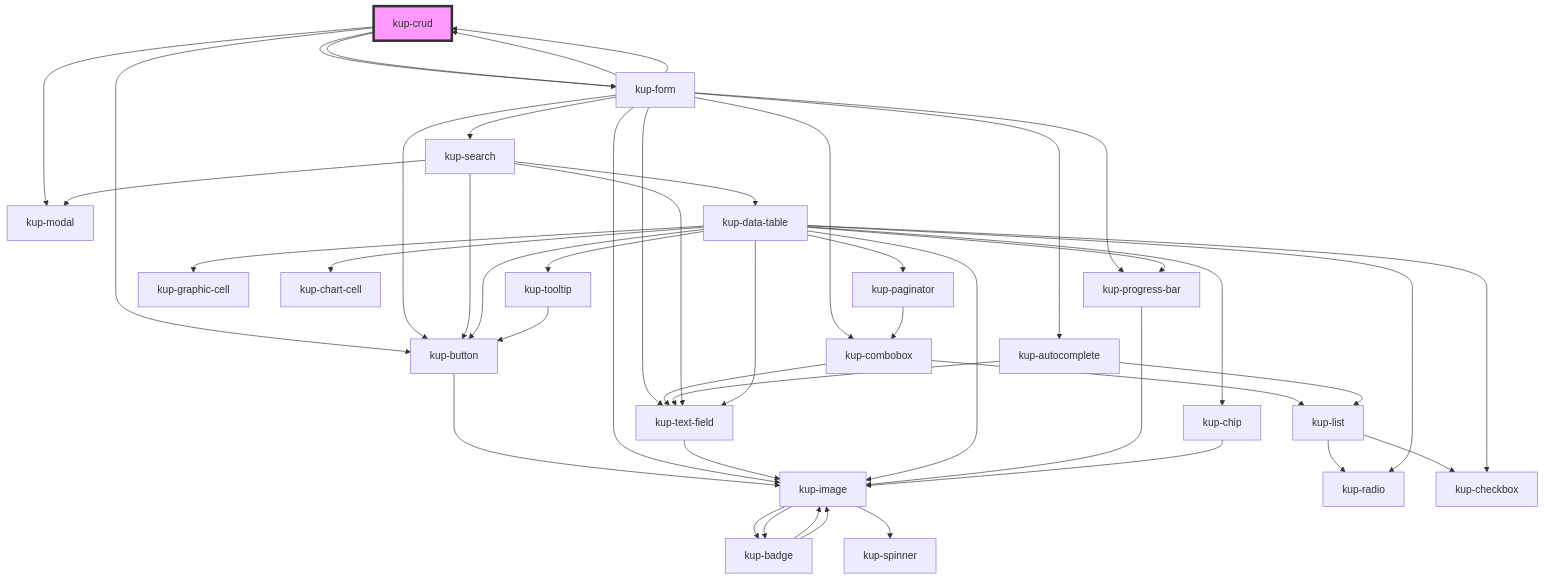
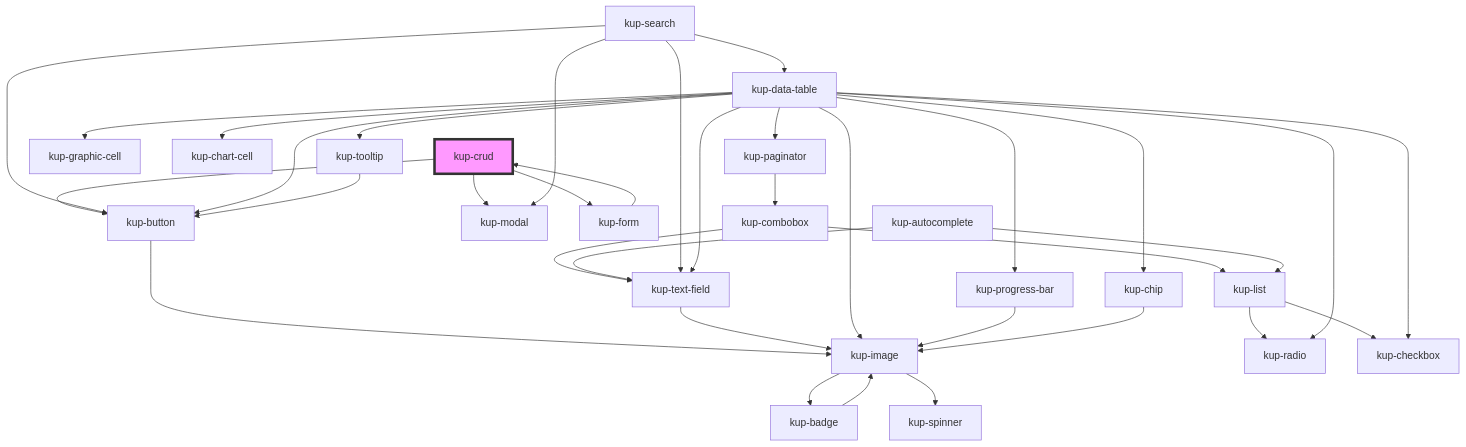
The diagram in packages/ketchup/src/components/kup-crud/readme.md (smeup/ketchup), drawn with Mermaid before and after one commit. The commit also changed other lines of this file and 24 other files, not shown here.

````diff
--- a/packages/ketchup/src/components/kup-crud/readme.md
+++ b/packages/ketchup/src/components/kup-crud/readme.md
@@ -81,49 +80,38 @@
 ```mermaid
 graph TD;
   kup-crud --> kup-button
   kup-crud --> kup-modal
   kup-crud --> kup-form
-  kup-crud --> kup-form
   kup-button --> kup-image
   kup-image --> kup-badge
   kup-image --> kup-spinner
-  kup-image --> kup-badge
   kup-badge --> kup-image
-  kup-badge --> kup-image
-  kup-form --> kup-combobox
-  kup-form --> kup-crud
-  kup-form --> kup-autocomplete
-  kup-form --> kup-search
-  kup-form --> kup-image
-  kup-form --> kup-progress-bar
-  kup-form --> kup-text-field
-  kup-form --> kup-button
   kup-form --> kup-crud
   kup-combobox --> kup-text-field
   kup-combobox --> kup-list
   kup-text-field --> kup-image
   kup-list --> kup-radio
   kup-list --> kup-checkbox
   kup-autocomplete --> kup-text-field
   kup-autocomplete --> kup-list
   kup-search --> kup-text-field
   kup-search --> kup-button
   kup-search --> kup-modal
   kup-search --> kup-data-table
   kup-data-table --> kup-checkbox
   kup-data-table --> kup-text-field
   kup-data-table --> kup-image
   kup-data-table --> kup-button
   kup-data-table --> kup-graphic-cell
   kup-data-table --> kup-chart-cell
   kup-data-table --> kup-progress-bar
   kup-data-table --> kup-radio
   kup-data-table --> kup-tooltip
   kup-data-table --> kup-paginator
   kup-data-table --> kup-chip
   kup-progress-bar --> kup-image
   kup-tooltip --> kup-button
   kup-paginator --> kup-combobox
   kup-chip --> kup-image
   style kup-crud fill:#f9f,stroke:#333,stroke-width:4px
 ```
````
